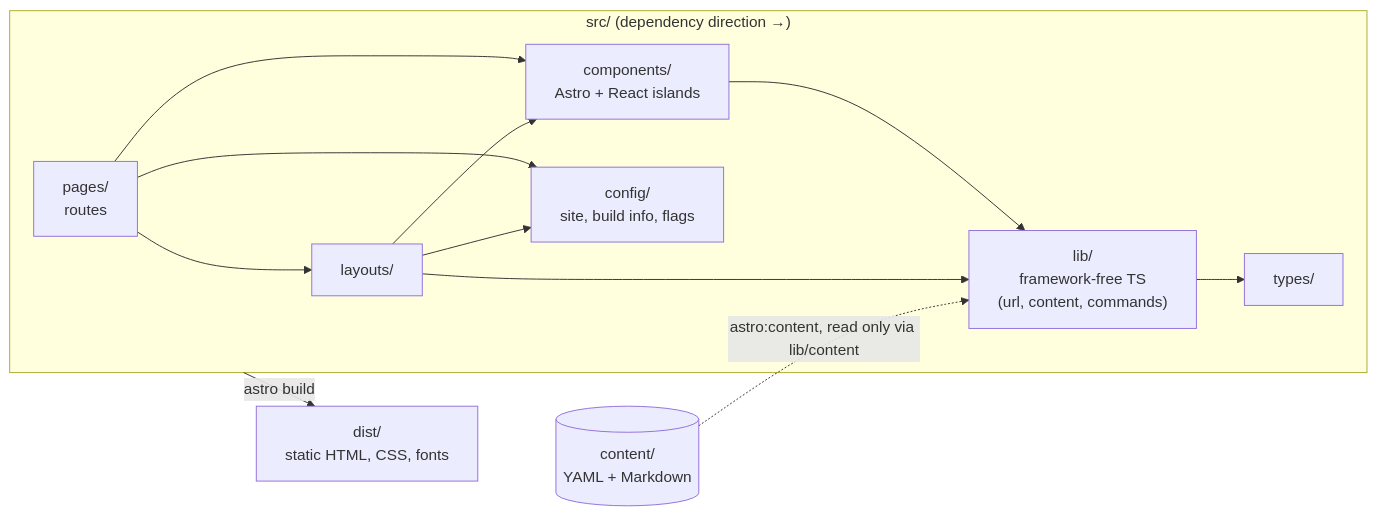
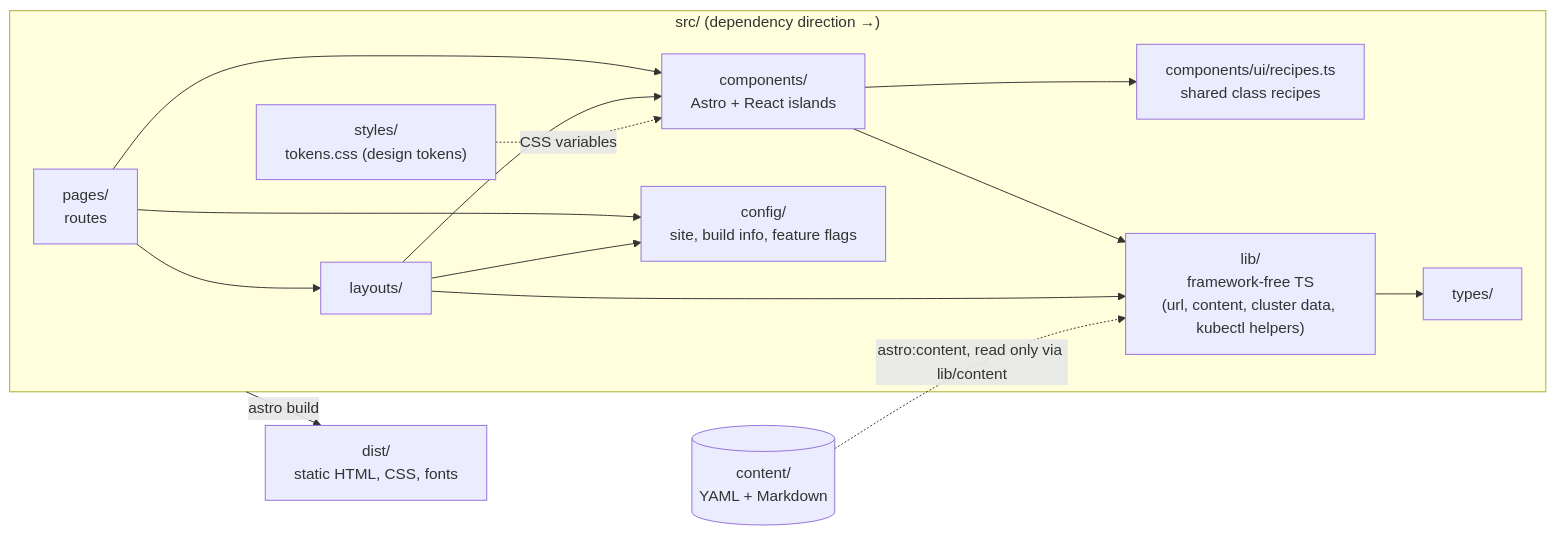
The first of 2 diagrams in README.md (roarceus/roarceus.github.io), drawn with Mermaid before and after one commit. The commit also changed other lines of this file and 5 other files, not shown here.

````diff
--- a/README.md
+++ b/README.md
@@ -49,16 +55,18 @@
 ```mermaid
 flowchart LR
   subgraph src["src/ (dependency direction →)"]
     pages["pages/<br/>routes"] --> layouts["layouts/"]
     pages --> components["components/<br/>Astro + React islands"]
     layouts --> components
-    components --> lib["lib/<br/>framework-free TS<br/>(url, content, commands)"]
+    components --> recipes["components/ui/recipes.ts<br/>shared class recipes"]
+    components --> lib["lib/<br/>framework-free TS<br/>(url, content, cluster data, kubectl helpers)"]
     layouts --> lib
     lib --> types["types/"]
-    config["config/<br/>site, build info, flags"]
+    config["config/<br/>site, build info, feature flags"]
+    styles["styles/<br/>tokens.css (design tokens)"] -.->|CSS variables| components
     pages --> config
     layouts --> config
   end
   content[("content/<br/>YAML + Markdown")] -.->|astro:content, read only via lib/content| lib
   src -->|astro build| dist["dist/<br/>static HTML, CSS, fonts"]
 ```
````
